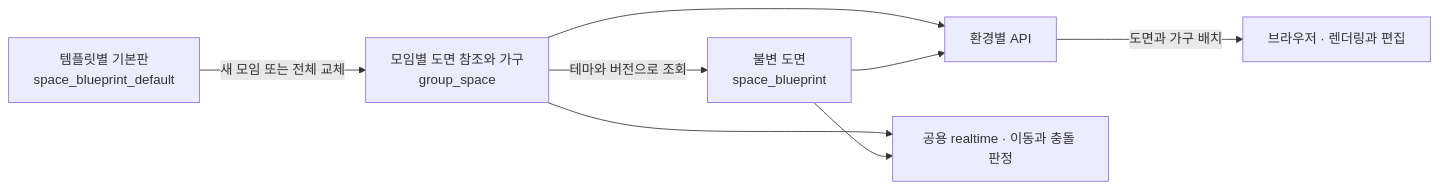
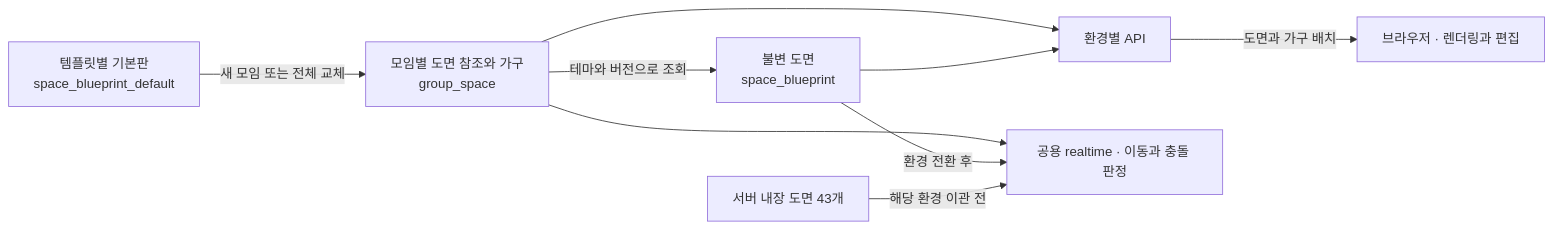
The second of 2 diagrams in docs/clubhouse-realtime-architecture.md (woowacourse-teams/2026-jarihana), drawn with Mermaid before and after one commit. The commit also changed other lines of this file and 25 other files, not shown here.

````diff
--- a/docs/clubhouse-realtime-architecture.md
+++ b/docs/clubhouse-realtime-architecture.md
@@ -85,10 +85,11 @@
 ```mermaid
 flowchart LR
     DEFAULT["템플릿별 기본판<br/>space_blueprint_default"] -->|새 모임 또는 전체 교체| GROUP["모임별 도면 참조와 가구<br/>group_space"]
     GROUP -->|테마와 버전으로 조회| PLAN["불변 도면<br/>space_blueprint"]
     GROUP --> API["환경별 API"]
     PLAN --> API
     API -->|도면과 가구 배치| BROWSER["브라우저 · 렌더링과 편집"]
     GROUP --> RT["공용 realtime · 이동과 충돌 판정"]
-    PLAN --> RT
+    PLAN -->|환경 전환 후| RT
+    BUILT["서버 내장 도면 43개"] -->|해당 환경 이관 전| RT
 ```
````
